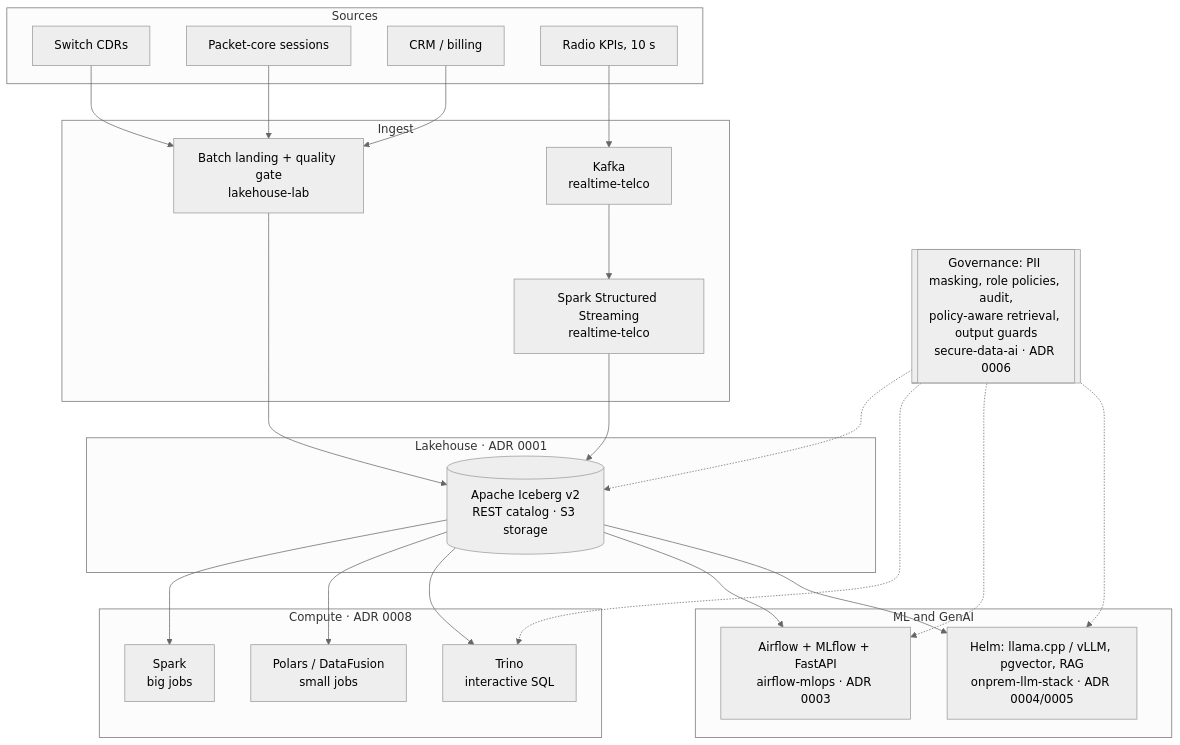
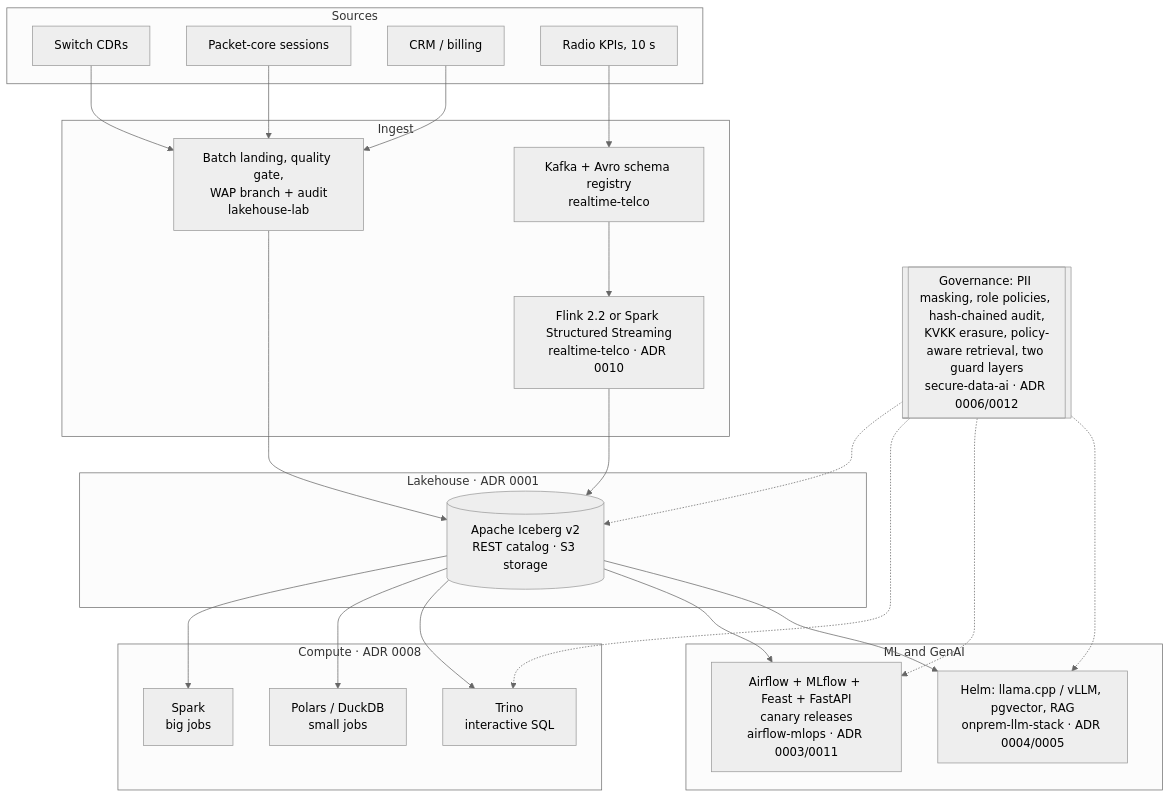
One commit to masterfabric/masterfabric-data-architecture-adr changed the first of 5 diagrams in docs/architecture.md. Above: the diagram before and after it, drawn with Mermaid (neutral theme). The commit also changed other lines of this file, not shown here.

Commit message:
docs(architecture): Flink and schema registry, WAP, DuckDB, canary and feature store, classifier and reranker in the request path, updated Cloudera mapping

````diff
--- a/docs/architecture.md
+++ b/docs/architecture.md
@@ -8,34 +10,34 @@
 ```mermaid
 flowchart TB
   subgraph SRC[Sources]
     CDR[Switch CDRs]
     PC[Packet-core sessions]
     CRM[CRM / billing]
     KPI[Radio KPIs, 10 s]
   end
   subgraph ING[Ingest]
-    K[Kafka<br/>realtime-telco] --> SS[Spark Structured Streaming<br/>realtime-telco]
-    B[Batch landing + quality gate<br/>lakehouse-lab]
+    K[Kafka + Avro schema registry<br/>realtime-telco] --> SS[Flink 2.2 or Spark Structured Streaming<br/>realtime-telco · ADR 0010]
+    B[Batch landing, quality gate,<br/>WAP branch + audit<br/>lakehouse-lab]
   end
   subgraph LH[Lakehouse · ADR 0001]
     ICE[(Apache Iceberg v2<br/>REST catalog · S3 storage)]
   end
   subgraph CMP[Compute · ADR 0008]
     SP[Spark<br/>big jobs]
-    PL[Polars / DataFusion<br/>small jobs]
+    PL[Polars / DuckDB<br/>small jobs]
     TR[Trino<br/>interactive SQL]
   end
   subgraph AI[ML and GenAI]
-    ML[Airflow + MLflow + FastAPI<br/>airflow-mlops · ADR 0003]
+    ML[Airflow + MLflow + Feast + FastAPI<br/>canary releases<br/>airflow-mlops · ADR 0003/0011]
     LLM[Helm: llama.cpp / vLLM, pgvector, RAG<br/>onprem-llm-stack · ADR 0004/0005]
   end
-  GOV[[Governance: PII masking, role policies, audit,<br/>policy-aware retrieval, output guards<br/>secure-data-ai · ADR 0006]]
+  GOV[[Governance: PII masking, role policies, hash-chained audit,<br/>KVKK erasure, policy-aware retrieval, two guard layers<br/>secure-data-ai · ADR 0006/0012]]
   KPI --> K
   CDR & PC & CRM --> B
   SS --> ICE
   B --> ICE
   ICE --> SP & PL & TR
   ICE --> ML
   ICE --> LLM
   GOV -.-> ICE & TR & ML & LLM
 ```
````
